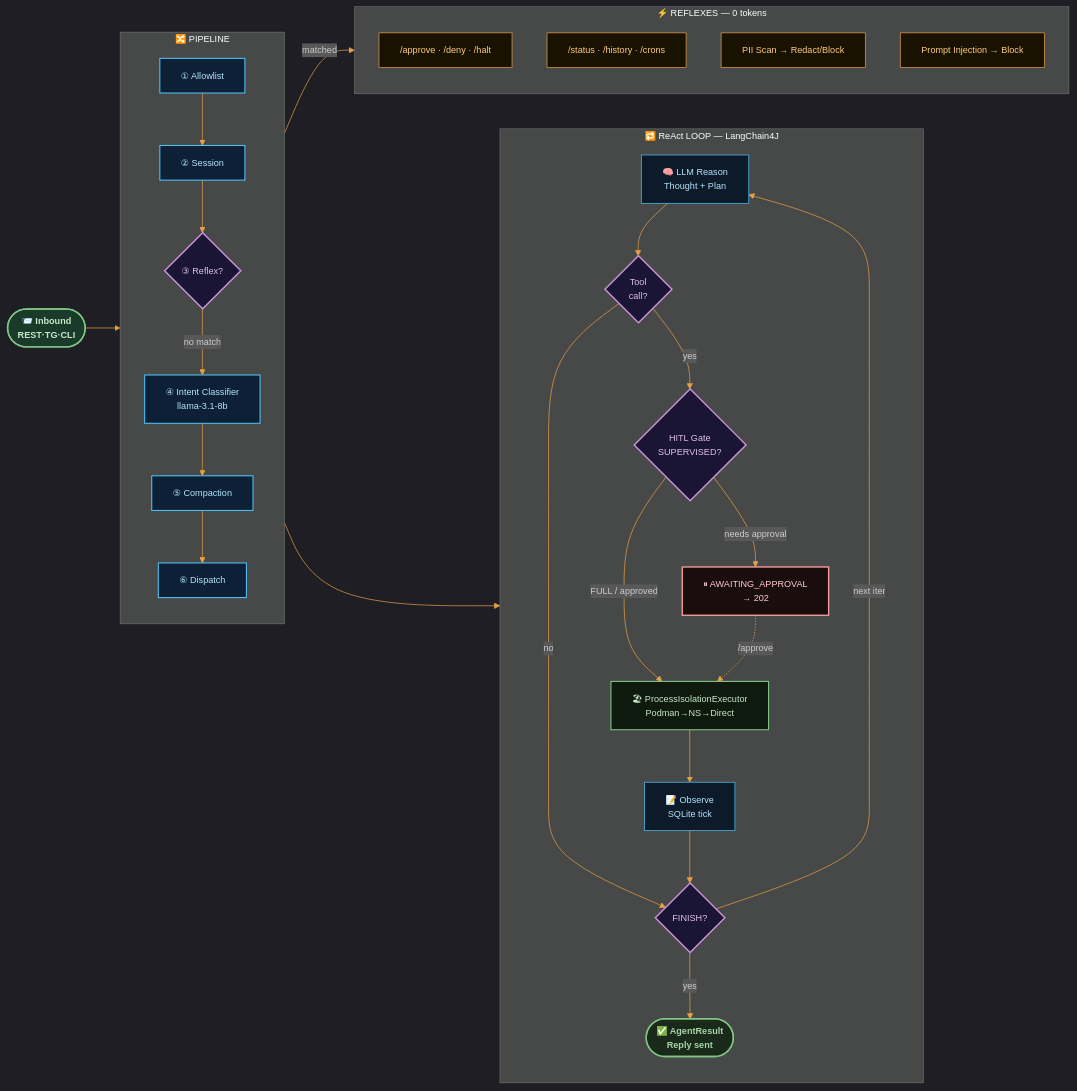
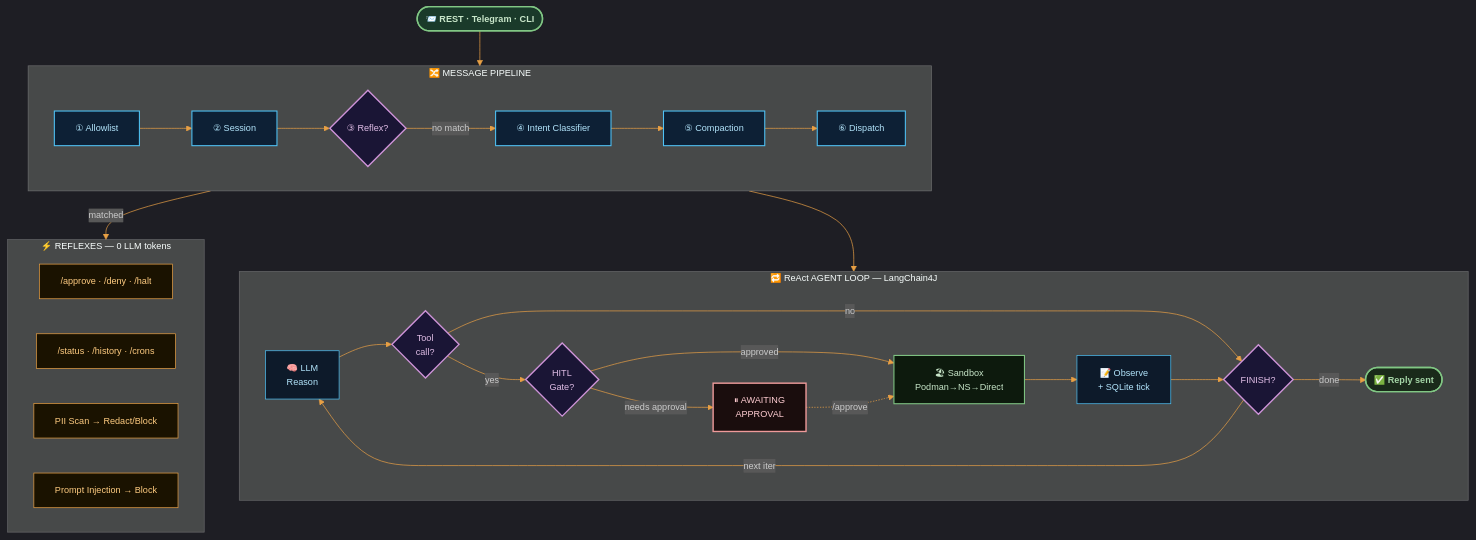
One commit to rsrini7/AmshaAgent changed the first of 8 diagrams in README.md. Above: the diagram before and after it, drawn with Mermaid. The commit also changed other lines of this file, not shown here.

Commit message:
docs: reorder and update README architecture sections
Move the "High-Level Architecture Flow" section above the "Cosmic Pantheon" agent roster for better logical flow. Update the architecture flowchart from LR to TD orientation for improved readability and adjust node labels for clarity. This restructuring presents the system overview before detailing the specific agent roles, providing a more intuitive document structure for new readers.

````diff
--- a/README.md
+++ b/README.md
@@ -167,57 +68,60 @@
 ```mermaid
 %%{init: {'theme': 'dark', 'themeVariables': {'primaryColor': '#1e2d45', 'primaryTextColor': '#c9d8ee', 'primaryBorderColor': '#4fc3f7', 'lineColor': '#e8a045', 'secondaryColor': '#0d1420', 'tertiaryColor': '#0d1420', 'fontSize': '13px'}}}%%
-flowchart LR
+flowchart TD
     classDef entry fill:#1a3a2a,stroke:#81c784,stroke-width:2px,color:#c8e6c9,font-weight:bold
     classDef handler fill:#0d2035,stroke:#4fc3f7,stroke-width:1.5px,color:#b3e5fc
     classDef reflexOut fill:#1a1200,stroke:#e8a045,stroke-width:1px,color:#ffcc80
     classDef decision fill:#1a1535,stroke:#ce93d8,stroke-width:2px,color:#e1bee7
     classDef loop fill:#0d1a2a,stroke:#4fc3f7,stroke-width:1px,color:#b3e5fc
     classDef approval fill:#1a0d0d,stroke:#ef9a9a,stroke-width:2px,color:#ffcdd2
     classDef sandbox fill:#0d1a0d,stroke:#81c784,stroke-width:1.5px,color:#c8e6c9
     classDef result fill:#1a2a1a,stroke:#81c784,stroke-width:2px,color:#a5d6a7,font-weight:bold
 
-    IN(["📨 Inbound<br/>REST·TG·CLI"]):::entry
+    IN(["📨 REST · Telegram · CLI"]):::entry
 
-    subgraph PIPELINE["🔀 PIPELINE"]
-        direction TB
+    subgraph PIPELINE["🔀 MESSAGE PIPELINE"]
+        direction LR
         P1["① Allowlist"]:::handler
         P2["② Session"]:::handler
         P3{"③ Reflex?"}:::decision
-        P4["④ Intent Classifier<br/>llama-3.1-8b"]:::handler
+        P4["④ Intent Classifier"]:::handler
         P5["⑤ Compaction"]:::handler
         P6["⑥ Dispatch"]:::handler
     end
 
-    subgraph REFLEXES["⚡ REFLEXES — 0 tokens"]
-        direction TB
+    subgraph REFLEXES["⚡ REFLEXES — 0 LLM tokens"]
+        direction LR
         R1["/approve · /deny · /halt"]:::reflexOut
         R2["/status · /history · /crons"]:::reflexOut
         R3["PII Scan → Redact/Block"]:::reflexOut
         R4["Prompt Injection → Block"]:::reflexOut
     end
 
-    subgraph REACT["🔁 ReAct LOOP — LangChain4J"]
-        direction TB
-        L1["🧠 LLM Reason<br/>Thought + Plan"]:::loop
+    subgraph REACT["🔁 ReAct AGENT LOOP — LangChain4J"]
+        direction LR
+        L1["🧠 LLM<br/>Reason"]:::loop
         L2{"Tool<br/>call?"}:::decision
-        L3{"HITL Gate<br/>SUPERVISED?"}:::decision
-        L4["⏸ AWAITING_APPROVAL<br/>→ 202"]:::approval
-        L5["🏖 ProcessIsolationExecutor<br/>Podman→NS→Direct"]:::sandbox
-        L6["📝 Observe<br/>SQLite tick"]:::loop
+        L3{"HITL<br/>Gate?"}:::decision
+        L4["⏸ AWAITING<br/>APPROVAL"]:::approval
+        L5["🏖 Sandbox<br/>Podman→NS→Direct"]:::sandbox
+        L6["📝 Observe<br/>+ SQLite tick"]:::loop
         L7{"FINISH?"}:::decision
-        L8(["✅ AgentResult<br/>Reply sent"]):::result
+        L8(["✅ Reply sent"]):::result
     end
 
-    IN --> P1 --> P2 --> P3
+    IN --> PIPELINE
+    P1 --> P2 --> P3
     P3 -->|"matched"| REFLEXES
     P3 -->|"no match"| P4 --> P5 --> P6
-    P6 --> L1 --> L2
+
+    P6 --> REACT
+    L1 --> L2
     L2 -->|"no"| L7
     L2 -->|"yes"| L3
-    L3 -->|"FULL / approved"| L5
+    L3 -->|"approved"| L5
     L3 -->|"needs approval"| L4
     L4 -.->|"/approve"| L5
     L5 --> L6 --> L7
     L7 -->|"next iter"| L1
-    L7 -->|"yes"| L8
+    L7 -->|"done"| L8
 ```
````
